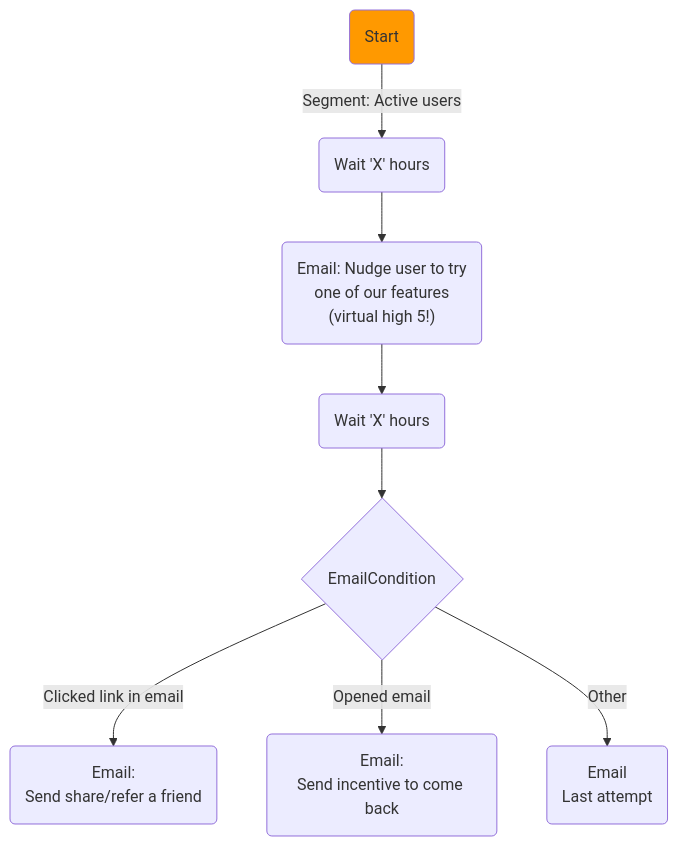
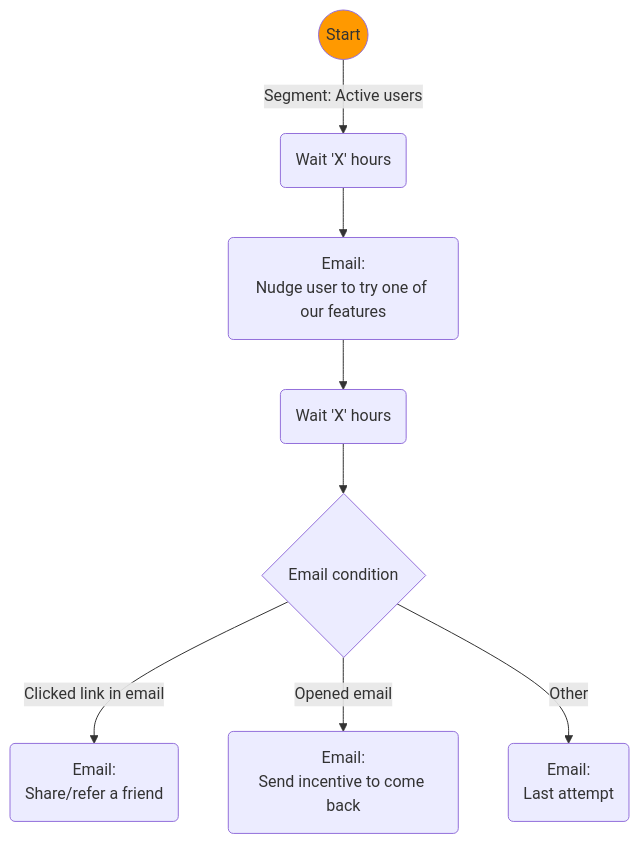
Before and after one commit to Ryanjlowe/awsdue.tv: the diagram in content/pinpoint-journeys/engage-overview.md, drawn with Mermaid. The commit also changed other lines of this file and 2 other files, not shown here.

Commit message:
mermaid readability improvements

```diff
--- a/content/pinpoint-journeys/engage-overview.md
+++ b/content/pinpoint-journeys/engage-overview.md
@@ -8,14 +8,14 @@
 {{<mermaid align="center">}}
 graph TD;
 
-    10("Start")-- Segment: Active users --> 20("Wait 'X' hours")
-    20 --> 30("Email: Nudge user to try<br/>one of our features<br>(virtual high 5!)")
+    A((Start)) -- Segment: Active users --> 20("Wait 'X' hours")
+    20 --> 30(Email:<br/>Nudge user to try one of our features)
     30 --> 40("Wait 'X' hours")
-    40 --> 50{EmailCondition}
-    50 -- Clicked link in email --> 60("Email:<br/>Send share/refer a friend")
-    50 -- Opened email --> 70("Email:<br/>Send incentive to come back")
-    50 -- Other --> 80("Email<br/>Last attempt")
+    40 --> 50{Email condition}
+    50 -- Clicked link in email --> 60(Email:<br/>Share/refer a friend)
+    50 -- Opened email --> 70(Email:<br/>Send incentive to come back)
+    50 -- Other --> 80(Email:<br/>Last attempt)
     
-    style 10 fill:#FF9900
+    style A fill:#FF9900
     
 {{< /mermaid >}}
```
